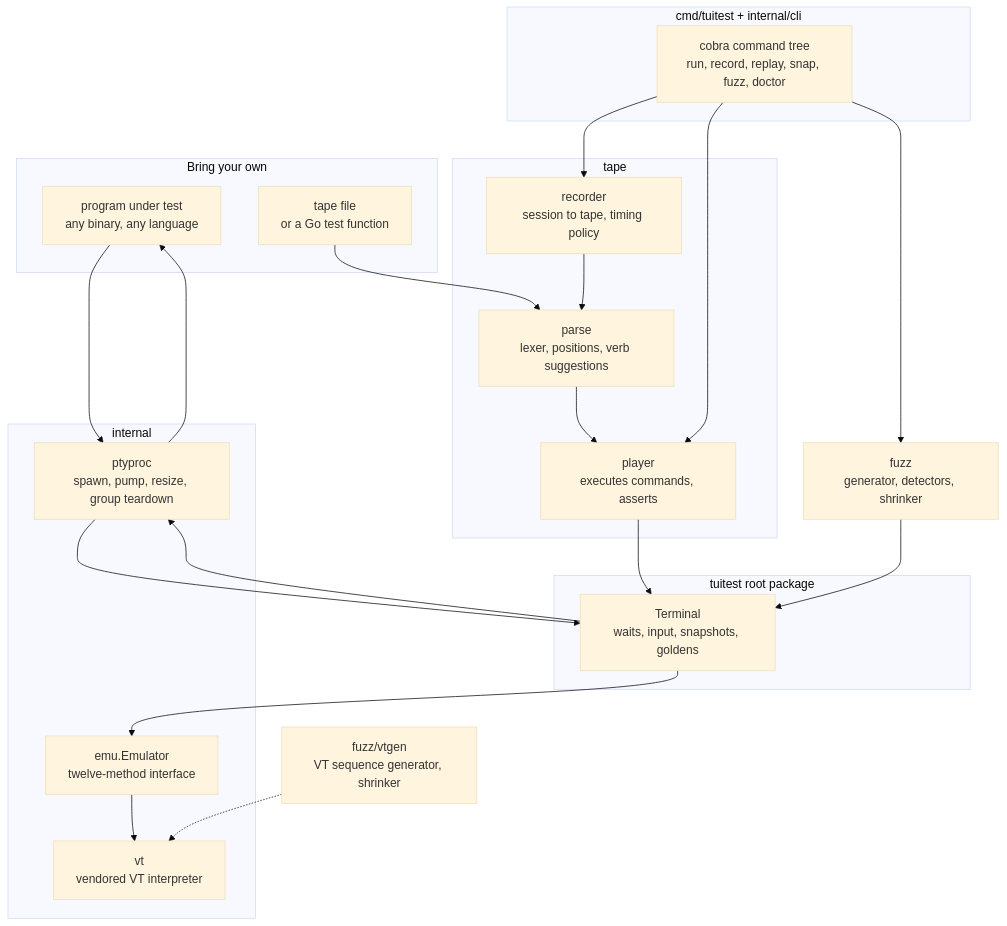
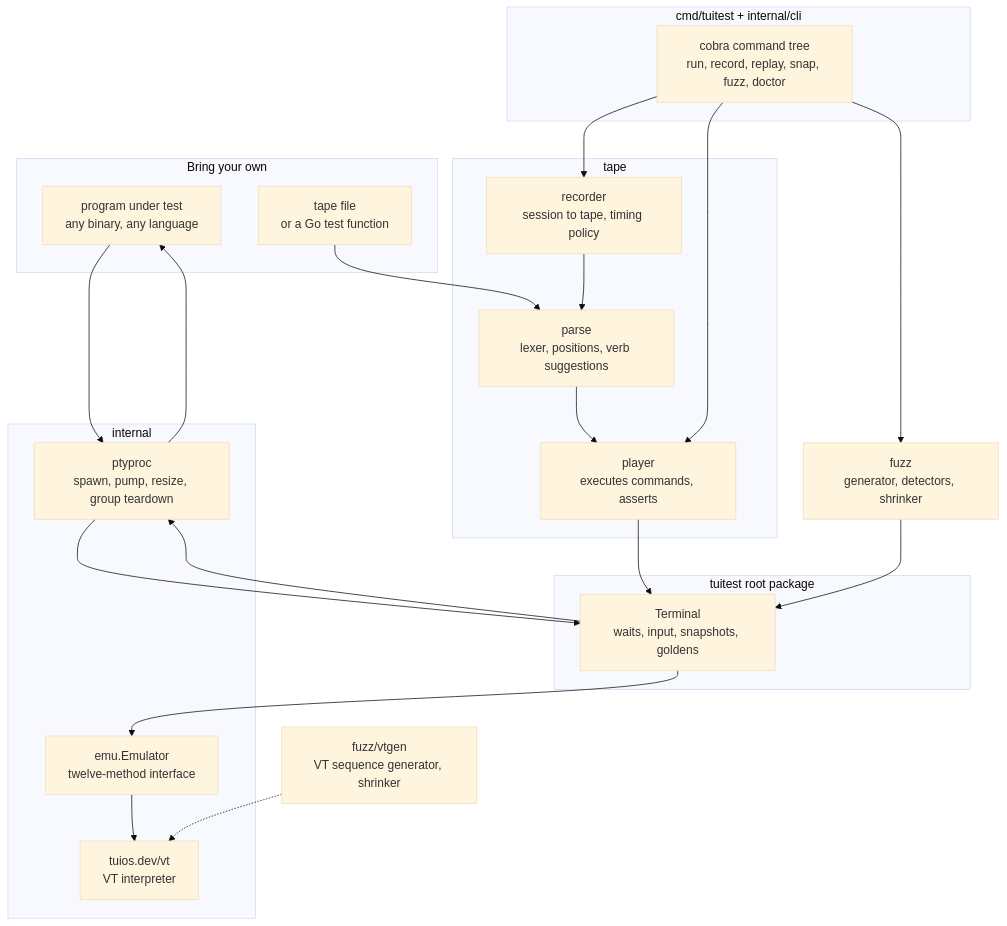
Before and after one commit to Gaurav-Gosain/tuitest: the first of 2 diagrams in README.md, drawn with Mermaid (base theme). The commit also changed other lines of this file and 155 other files, not shown here.

````diff
--- a/README.md
+++ b/README.md
@@ -202,38 +203,38 @@
 ```mermaid
 flowchart TB
   subgraph Bring["Bring your own"]
     PROG[program under test<br/>any binary, any language]
     TAPE[tape file<br/>or a Go test function]
   end
 
   subgraph CLI["cmd/tuitest + internal/cli"]
     REG[cobra command tree<br/>run, record, replay, snap, fuzz, doctor]
   end
 
   subgraph Lang["tape"]
     PARSE[parse<br/>lexer, positions, verb suggestions]
     PLAY[player<br/>executes commands, asserts]
     REC[recorder<br/>session to tape, timing policy]
   end
 
   subgraph Core["tuitest root package"]
     TERM[Terminal<br/>waits, input, snapshots, goldens]
   end
 
   subgraph Low["internal"]
     PTY[ptyproc<br/>spawn, pump, resize, group teardown]
     EMU[emu.Emulator<br/>twelve-method interface]
-    VT[vt<br/>vendored VT interpreter]
+    VT[tuios.dev/vt<br/>VT interpreter]
   end
 
   FUZZ[fuzz<br/>generator, detectors, shrinker]
   VTGEN[fuzz/vtgen<br/>VT sequence generator, shrinker]
 
   TAPE --> PARSE --> PLAY --> TERM
   REG --> PLAY
   REG --> REC --> PARSE
   REG --> FUZZ --> TERM
   TERM --> PTY --> PROG
   PROG --> PTY --> TERM --> EMU --> VT
   VTGEN -.-> VT
 ```
````
